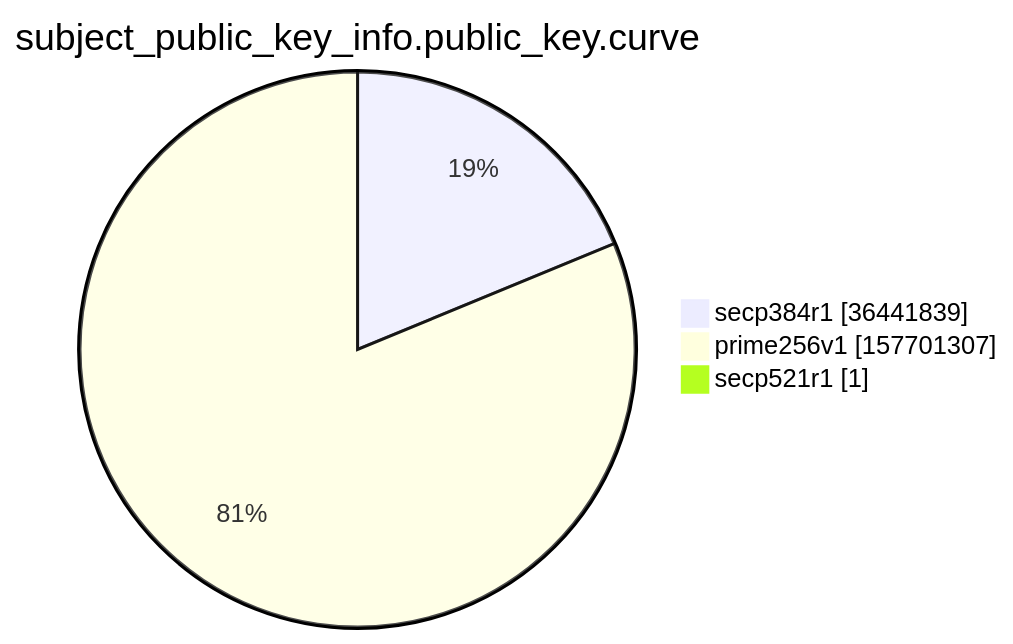
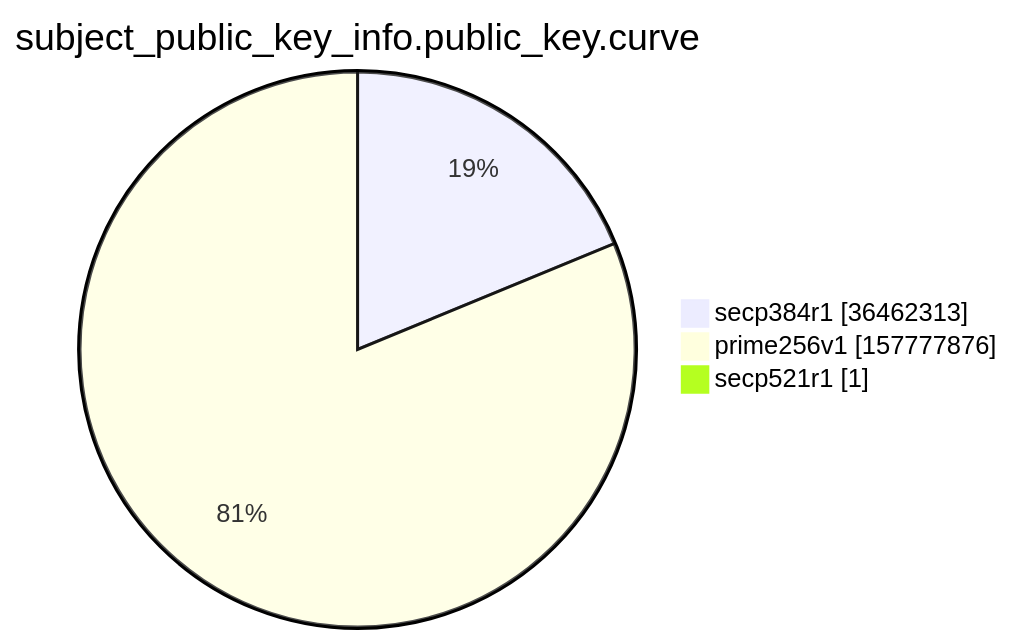
Before and after one commit to christiankrug/ctmonitor_visualization: the ninth of 15 diagrams in argon2022/README.md, drawn with Mermaid. The commit also changed other lines of this file, not shown here.

````diff
--- a/argon2022/README.md
+++ b/argon2022/README.md
@@ -2766,7 +2766,7 @@
 ```mermaid
 pie showData
 title subject_public_key_info.public_key.curve
-"secp384r1" :36441839
-"prime256v1" :157701307
+"secp384r1" :36462313
+"prime256v1" :157777876
 "secp521r1" :1
 ```
````
